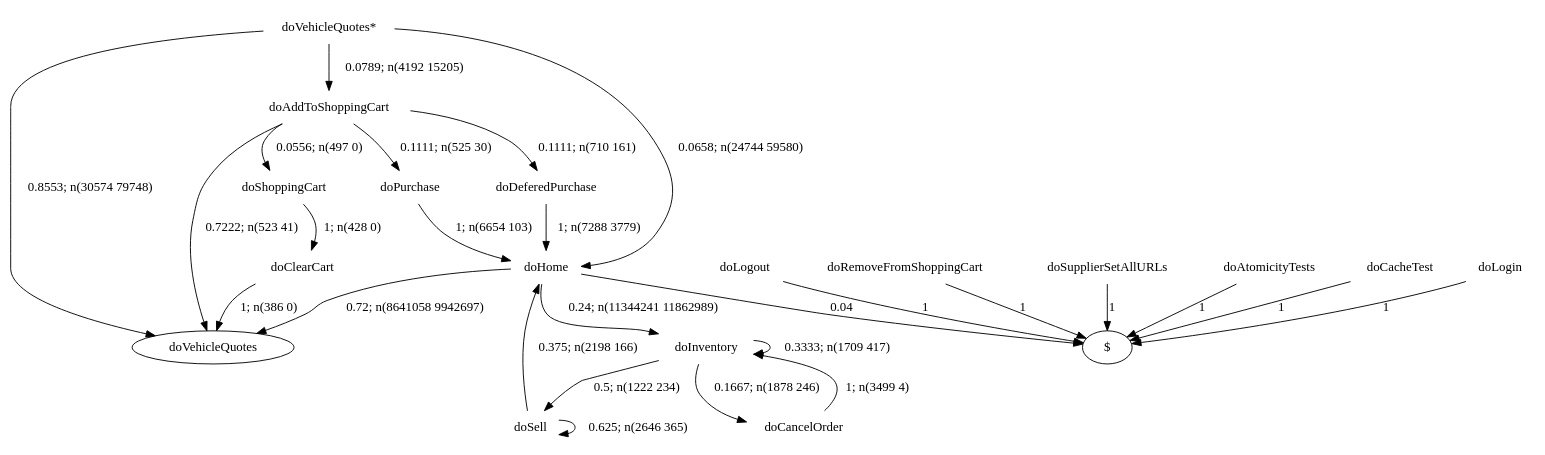
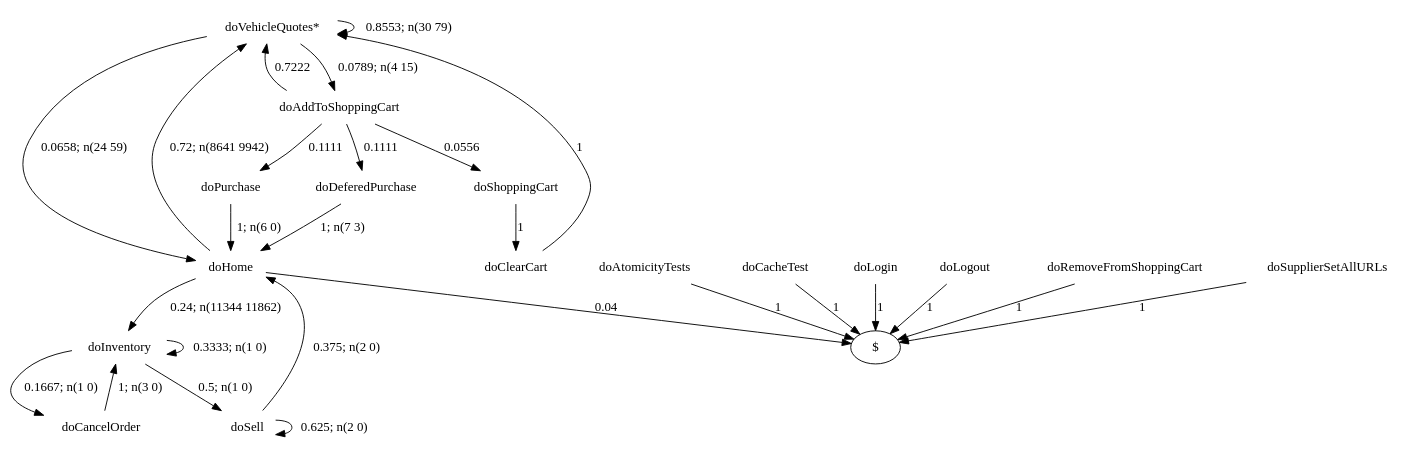
One commit to alperhi/wessbas.behaviorModelExtractor changed the diagram in examples/specj/output/none/graph375.dot. Above: the diagram before and after it, drawn with Graphviz. The commit also changed 545 other files, not shown here.

Commit message:
fixed bug with initial states appearing twice (with and without '*') in a DOT graph; fixed time conversion from nanoseconds to milliseconds (uses TimeUnit now); updated example output and visualizations; removed input sessions with NULL-values from SPECj input folder;

```diff
--- a/examples/specj/output/none/graph375.dot
+++ b/examples/specj/output/none/graph375.dot
@@ -1,44 +1,44 @@
 digraph G {
 "doVehicleQuotes*" [label="doVehicleQuotes*",shape=none];
 "doSupplierSetAllURLs" [label="doSupplierSetAllURLs",shape=none];
 "doAtomicityTests" [label="doAtomicityTests",shape=none];
 "doCacheTest" [label="doCacheTest",shape=none];
 "doLogin" [label="doLogin",shape=none];
 "doAddToShoppingCart" [label="doAddToShoppingCart",shape=none];
 "doDeferedPurchase" [label="doDeferedPurchase",shape=none];
 "doHome" [label="doHome",shape=none];
 "doShoppingCart" [label="doShoppingCart",shape=none];
 "doClearCart" [label="doClearCart",shape=none];
 "doPurchase" [label="doPurchase",shape=none];
 "doInventory" [label="doInventory",shape=none];
 "doSell" [label="doSell",shape=none];
 "doLogout" [label="doLogout",shape=none];
 "doCancelOrder" [label="doCancelOrder",shape=none];
 "doRemoveFromShoppingCart" [label="doRemoveFromShoppingCart",shape=none];
-"doVehicleQuotes*"->"doVehicleQuotes" [style=solid,label="0.8553; n(30574 79748)"];
-"doVehicleQuotes*"->"doAddToShoppingCart" [style=solid,label="0.0789; n(4192 15205)"];
-"doVehicleQuotes*"->"doHome" [style=solid,label="0.0658; n(24744 59580)"];
+"doVehicleQuotes*"->"doVehicleQuotes*" [style=solid,label="0.8553; n(30 79)"];
+"doVehicleQuotes*"->"doAddToShoppingCart" [style=solid,label="0.0789; n(4 15)"];
+"doVehicleQuotes*"->"doHome" [style=solid,label="0.0658; n(24 59)"];
 "doSupplierSetAllURLs"->"$" [style=solid,label="1"];
 "doAtomicityTests"->"$" [style=solid,label="1"];
 "doCacheTest"->"$" [style=solid,label="1"];
 "doLogin"->"$" [style=solid,label="1"];
-"doAddToShoppingCart"->"doVehicleQuotes" [style=solid,label="0.7222; n(523 41)"];
-"doAddToShoppingCart"->"doDeferedPurchase" [style=solid,label="0.1111; n(710 161)"];
-"doAddToShoppingCart"->"doShoppingCart" [style=solid,label="0.0556; n(497 0)"];
-"doAddToShoppingCart"->"doPurchase" [style=solid,label="0.1111; n(525 30)"];
-"doDeferedPurchase"->"doHome" [style=solid,label="1; n(7288 3779)"];
-"doHome"->"doVehicleQuotes" [style=solid,label="0.72; n(8641058 9942697)"];
-"doHome"->"doInventory" [style=solid,label="0.24; n(11344241 11862989)"];
+"doAddToShoppingCart"->"doVehicleQuotes*" [style=solid,label="0.7222"];
+"doAddToShoppingCart"->"doDeferedPurchase" [style=solid,label="0.1111"];
+"doAddToShoppingCart"->"doShoppingCart" [style=solid,label="0.0556"];
+"doAddToShoppingCart"->"doPurchase" [style=solid,label="0.1111"];
+"doDeferedPurchase"->"doHome" [style=solid,label="1; n(7 3)"];
+"doHome"->"doVehicleQuotes*" [style=solid,label="0.72; n(8641 9942)"];
+"doHome"->"doInventory" [style=solid,label="0.24; n(11344 11862)"];
 "doHome"->"$" [style=solid,label="0.04"];
-"doShoppingCart"->"doClearCart" [style=solid,label="1; n(428 0)"];
-"doClearCart"->"doVehicleQuotes" [style=solid,label="1; n(386 0)"];
-"doPurchase"->"doHome" [style=solid,label="1; n(6654 103)"];
-"doInventory"->"doInventory" [style=solid,label="0.3333; n(1709 417)"];
-"doInventory"->"doSell" [style=solid,label="0.5; n(1222 234)"];
-"doInventory"->"doCancelOrder" [style=solid,label="0.1667; n(1878 246)"];
-"doSell"->"doHome" [style=solid,label="0.375; n(2198 166)"];
-"doSell"->"doSell" [style=solid,label="0.625; n(2646 365)"];
+"doShoppingCart"->"doClearCart" [style=solid,label="1"];
+"doClearCart"->"doVehicleQuotes*" [style=solid,label="1"];
+"doPurchase"->"doHome" [style=solid,label="1; n(6 0)"];
+"doInventory"->"doInventory" [style=solid,label="0.3333; n(1 0)"];
+"doInventory"->"doSell" [style=solid,label="0.5; n(1 0)"];
+"doInventory"->"doCancelOrder" [style=solid,label="0.1667; n(1 0)"];
+"doSell"->"doHome" [style=solid,label="0.375; n(2 0)"];
+"doSell"->"doSell" [style=solid,label="0.625; n(2 0)"];
 "doLogout"->"$" [style=solid,label="1"];
-"doCancelOrder"->"doInventory" [style=solid,label="1; n(3499 4)"];
+"doCancelOrder"->"doInventory" [style=solid,label="1; n(3 0)"];
 "doRemoveFromShoppingCart"->"$" [style=solid,label="1"];
 }
```
